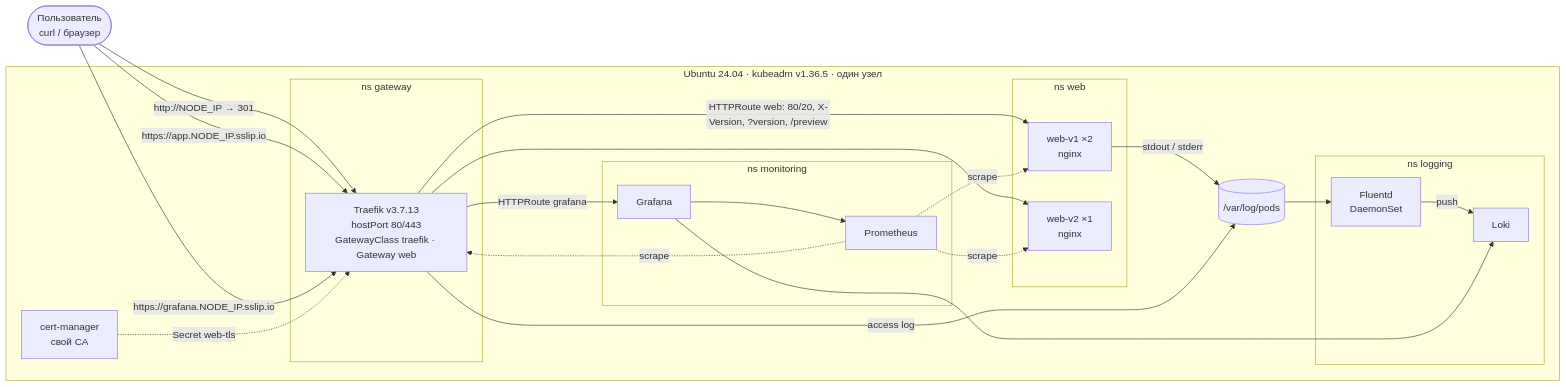
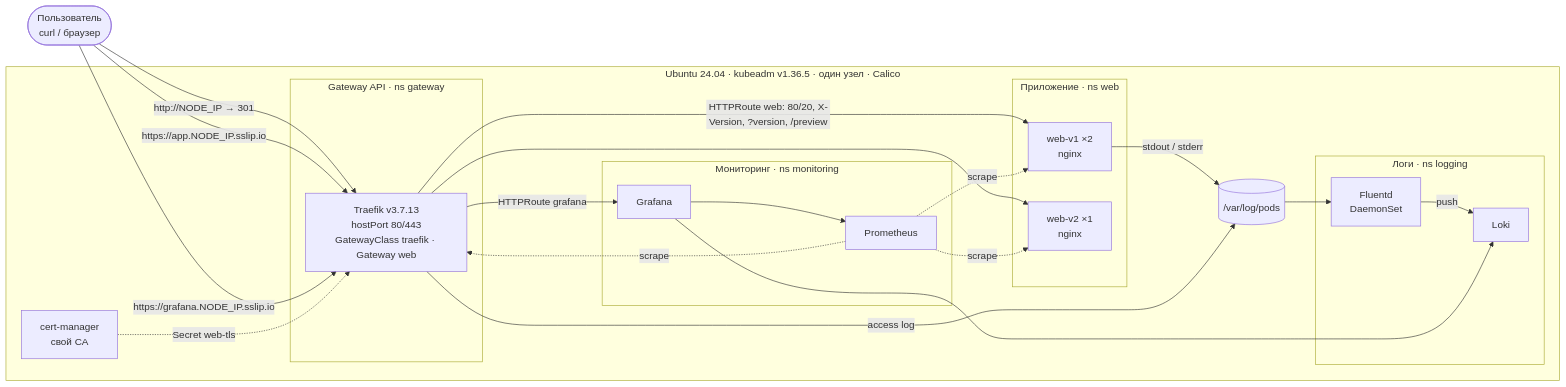
One commit to DverkuOff/kube-gateway-stand changed the diagram in README.md. Above: the diagram before and after it, drawn with Mermaid. The commit also changed other lines of this file and 1 other file, not shown here.

First line of the commit message:
README: real outputs, requirement map, checks; design notes in docs/architecture.md

````diff
--- a/README.md
+++ b/README.md
@@ -48,41 +74,41 @@
 ```mermaid
 flowchart LR
   user(["Пользователь<br/>curl / браузер"])
 
-  subgraph node["Ubuntu 24.04 · kubeadm v1.36.5 · один узел"]
-    subgraph gw["ns gateway"]
+  subgraph node["Ubuntu 24.04 · kubeadm v1.36.5 · один узел · Calico"]
+    subgraph gw["Gateway API · ns gateway"]
       traefik["Traefik v3.7.13<br/>hostPort 80/443<br/>GatewayClass traefik · Gateway web"]
     end
-    subgraph web["ns web"]
+    subgraph web["Приложение · ns web"]
       v1["web-v1 ×2<br/>nginx"]
       v2["web-v2 ×1<br/>nginx"]
     end
-    subgraph mon["ns monitoring"]
+    subgraph mon["Мониторинг · ns monitoring"]
       prom["Prometheus"]
       graf["Grafana"]
     end
-    subgraph log["ns logging"]
+    subgraph log["Логи · ns logging"]
       fluentd["Fluentd<br/>DaemonSet"]
       loki["Loki"]
     end
     cm["cert-manager<br/>свой CA"]
     files[("/var/log/pods")]
   end
 
   user -- "http://NODE_IP → 301" --> traefik
   user -- "https://app.NODE_IP.sslip.io" --> traefik
   user -- "https://grafana.NODE_IP.sslip.io" --> traefik
   traefik -- "HTTPRoute web: 80/20, X-Version, ?version, /preview" --> v1
   traefik --> v2
   traefik -- "HTTPRoute grafana" --> graf
   cm -. "Secret web-tls" .-> traefik
 
   prom -. "scrape" .-> traefik
   prom -. "scrape" .-> v1
   prom -. "scrape" .-> v2
   v1 -- "stdout / stderr" --> files
   traefik -- "access log" --> files
   files --> fluentd -- "push" --> loki
   graf --> prom
   graf --> loki
 ```
````
